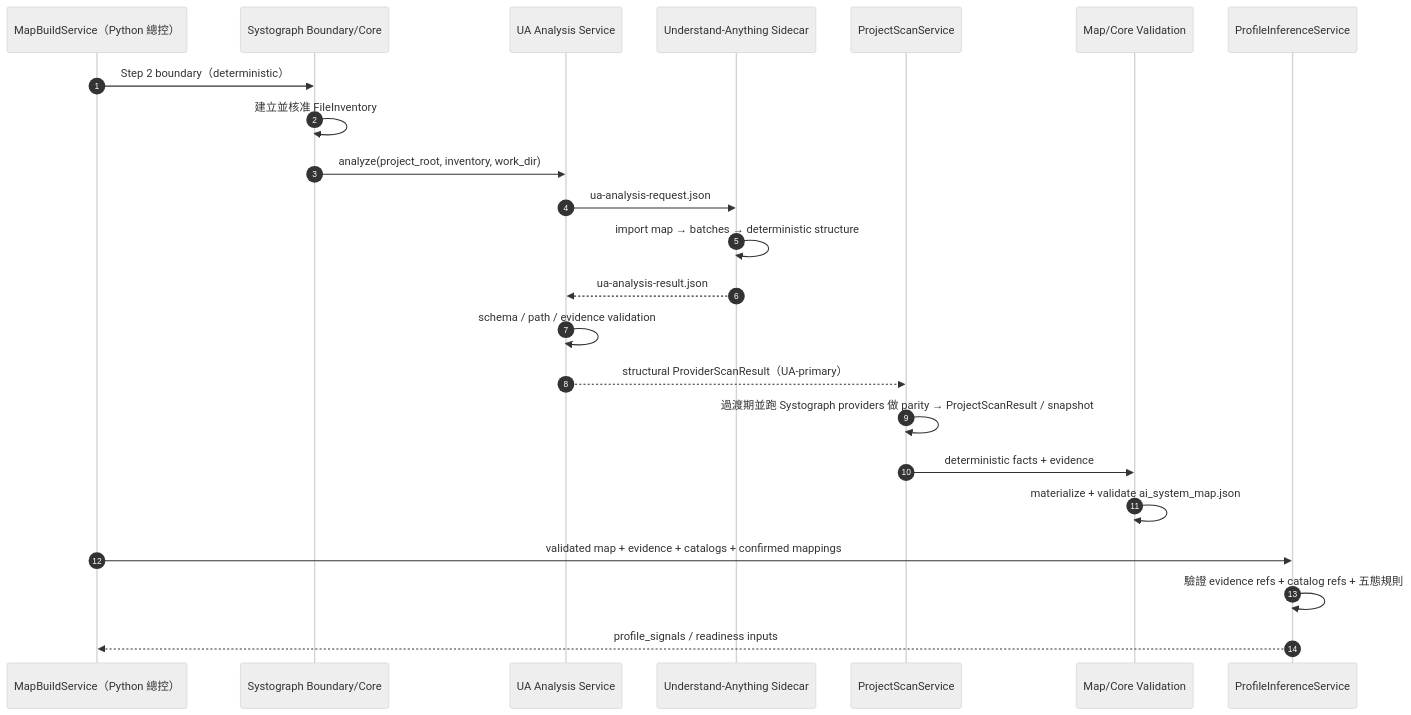
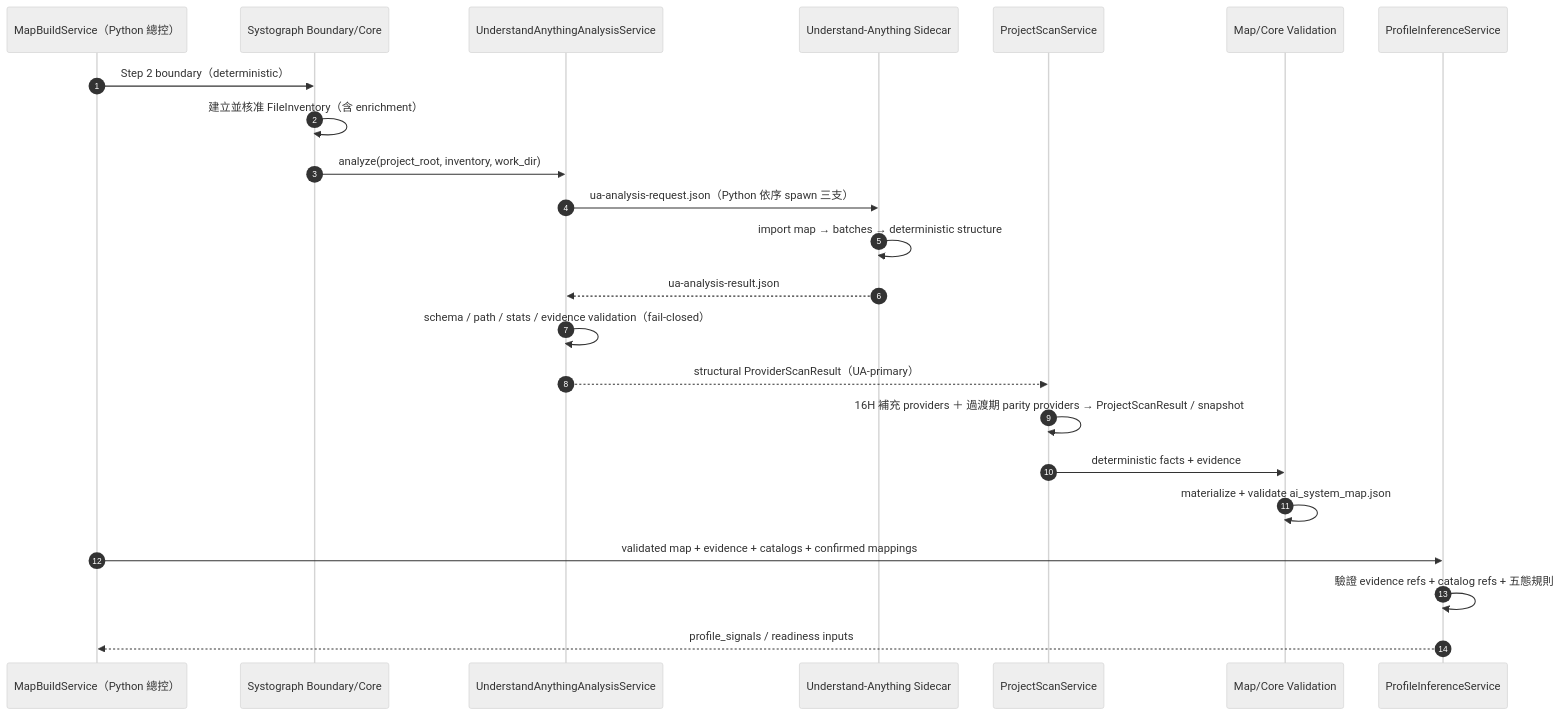
Before and after one commit to 1104030360/Systograph: the second of 2 diagrams in ref-opensource/systograph-understand-anything-integration-boundary.md, drawn with Mermaid (neutral theme). The commit also changed other lines of this file and 15 other files, not shown here.

````diff
--- a/ref-opensource/systograph-understand-anything-integration-boundary.md
+++ b/ref-opensource/systograph-understand-anything-integration-boundary.md
@@ -458,26 +434,26 @@
 ```mermaid
 sequenceDiagram
     autonumber
     participant Build as MapBuildService（Python 總控）
     participant Boundary as Systograph Boundary/Core
-    participant Bridge as UA Analysis Service
+    participant Bridge as UnderstandAnythingAnalysisService
     participant UA as Understand-Anything Sidecar
     participant Scan as ProjectScanService
     participant Map as Map/Core Validation
     participant Infer as ProfileInferenceService
 
     Build->>Boundary: Step 2 boundary（deterministic）
-    Boundary->>Boundary: 建立並核准 FileInventory
+    Boundary->>Boundary: 建立並核准 FileInventory（含 enrichment）
     Boundary->>Bridge: analyze(project_root, inventory, work_dir)
-    Bridge->>UA: ua-analysis-request.json
+    Bridge->>UA: ua-analysis-request.json（Python 依序 spawn 三支）
     UA->>UA: import map → batches → deterministic structure
     UA-->>Bridge: ua-analysis-result.json
-    Bridge->>Bridge: schema / path / evidence validation
+    Bridge->>Bridge: schema / path / stats / evidence validation（fail-closed）
     Bridge-->>Scan: structural ProviderScanResult（UA-primary）
-    Scan->>Scan: 過渡期並跑 Systograph providers 做 parity → ProjectScanResult / snapshot
+    Scan->>Scan: 16H 補充 providers ＋ 過渡期 parity providers → ProjectScanResult / snapshot
     Scan->>Map: deterministic facts + evidence
     Map->>Map: materialize + validate ai_system_map.json
     Build->>Infer: validated map + evidence + catalogs + confirmed mappings
     Infer->>Infer: 驗證 evidence refs + catalog refs + 五態規則
     Infer-->>Build: profile_signals / readiness inputs
 ```
````
